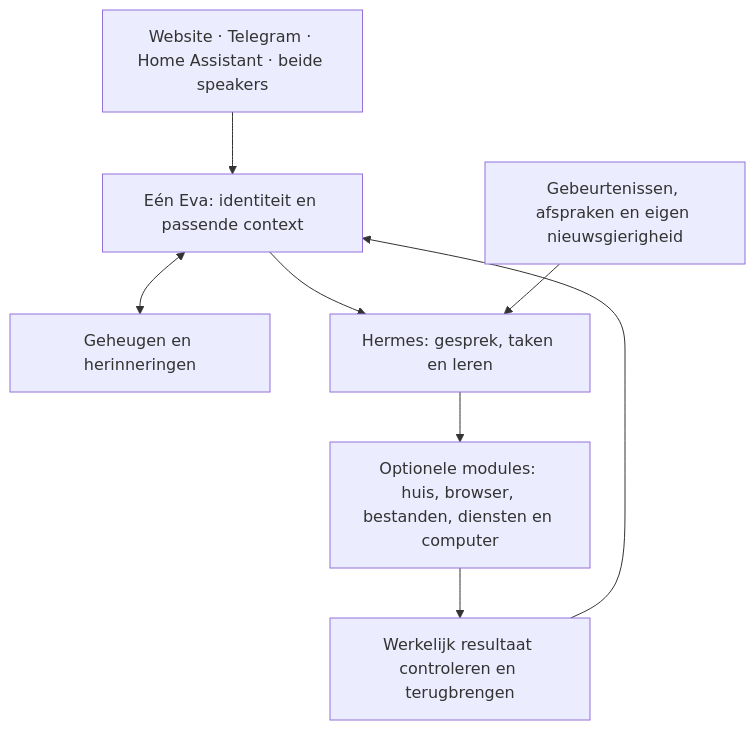
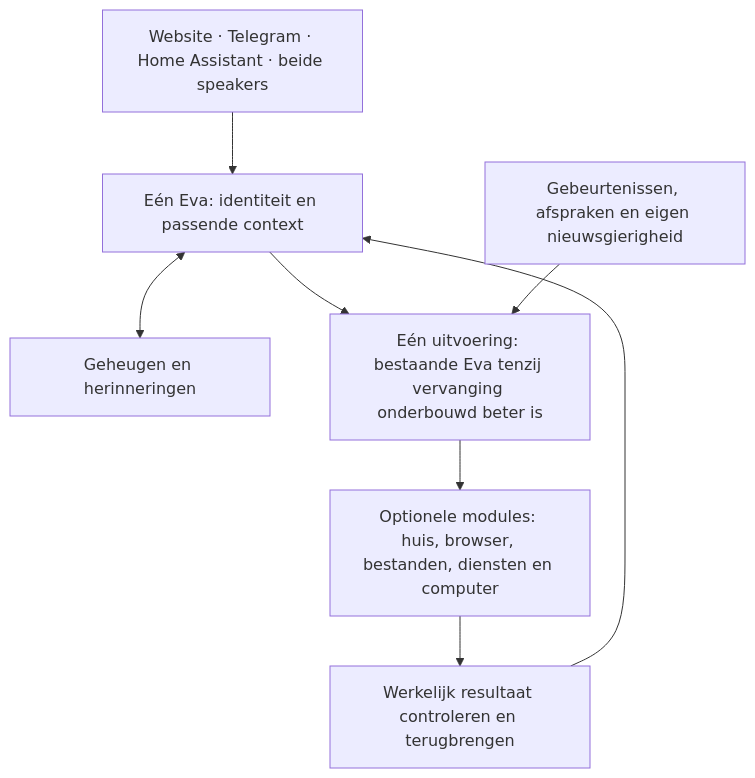
Before and after one commit to jaapfrank/eva: the diagram in eva2/EVA2_BOUWPLAN.md, drawn with Mermaid. The commit also changed other lines of this file and 13 other files, not shown here.

````diff
--- a/eva2/EVA2_BOUWPLAN.md
+++ b/eva2/EVA2_BOUWPLAN.md
@@ -44,10 +48,10 @@
 ```mermaid
 flowchart TD
   A[Website · Telegram · Home Assistant · beide speakers] --> B[Eén Eva: identiteit en passende context]
   B <--> C[Geheugen en herinneringen]
-  B --> D[Hermes: gesprek, taken en leren]
+  B --> D[Eén uitvoering: bestaande Eva tenzij vervanging onderbouwd beter is]
   D --> E[Optionele modules: huis, browser, bestanden, diensten en computer]
   E --> F[Werkelijk resultaat controleren en terugbrengen]
   F --> B
   G[Gebeurtenissen, afspraken en eigen nieuwsgierigheid] --> D
 ```
````
